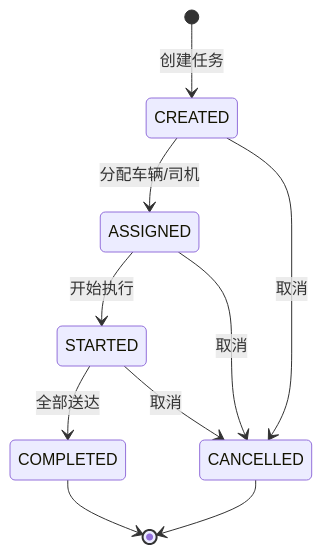
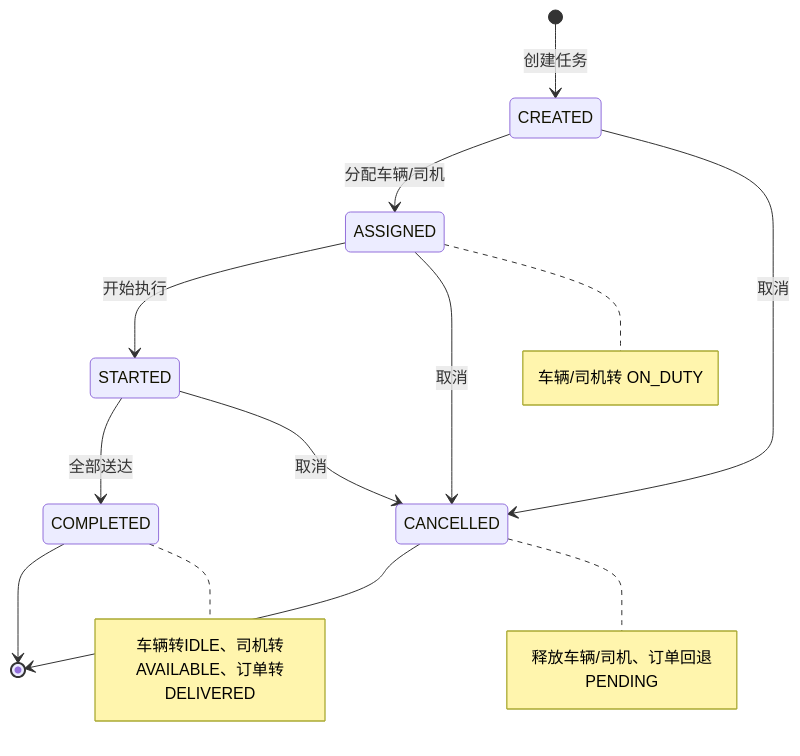
The third of 4 diagrams in docs/01-需求文档.md (zhouhuiying123/smart-logistics-platform), drawn with Mermaid before and after one commit. The commit also changed other lines of this file and 1 other file, not shown here.

Commit message:
docs: 重绘总体用例图/路径优化流程图/状态机图并优化比例，同步重建 Word 版本

````diff
--- a/docs/01-需求文档.md
+++ b/docs/01-需求文档.md
@@ -296,12 +314,16 @@
 ```mermaid
 stateDiagram-v2
+    direction TB
     [*] --> CREATED: 创建任务
     CREATED --> ASSIGNED: 分配车辆/司机
     ASSIGNED --> STARTED: 开始执行
     STARTED --> COMPLETED: 全部送达
+    COMPLETED --> [*]
     CREATED --> CANCELLED: 取消
     ASSIGNED --> CANCELLED: 取消
     STARTED --> CANCELLED: 取消
-    COMPLETED --> [*]
     CANCELLED --> [*]
+    note right of ASSIGNED: 车辆/司机转 ON_DUTY
+    note right of COMPLETED: 车辆转IDLE、司机转AVAILABLE、订单转DELIVERED
+    note right of CANCELLED: 释放车辆/司机、订单回退PENDING
 ```
````
